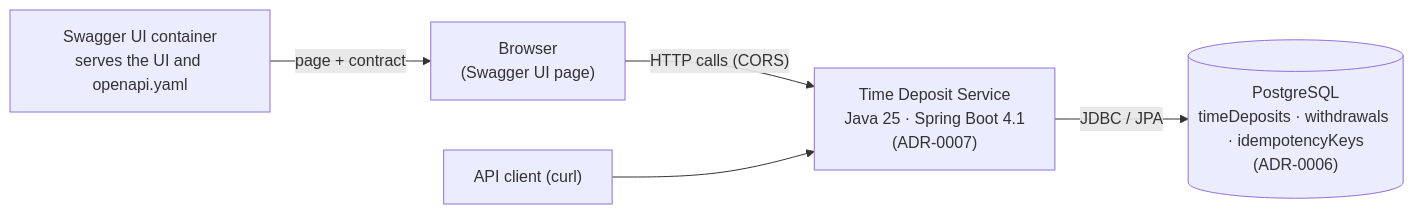
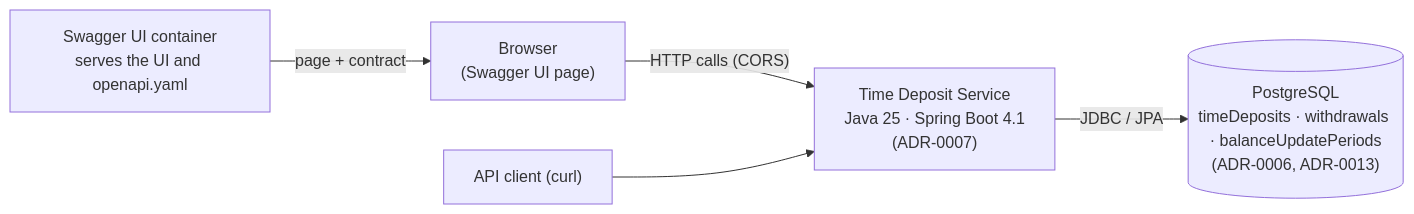
The second of 5 diagrams in docs/architecture/overview.md (bh3x/time-deposit-kata), drawn with Mermaid before and after one commit. The commit also changed other lines of this file and 1 other file, not shown here.

First line of the commit message:
docs: describe the monthly balance update

````diff
--- a/docs/architecture/overview.md
+++ b/docs/architecture/overview.md
@@ -16,7 +16,7 @@
 ```mermaid
 flowchart LR
   ui["Swagger UI container<br/>serves the UI and openapi.yaml"] -- "page + contract" --> browser["Browser<br/>(Swagger UI page)"]
   browser -- "HTTP calls (CORS)" --> app
   client["API client (curl)"] --> app
-  app["Time Deposit Service<br/>Java 25 · Spring Boot 4.1<br/>(ADR-0007)"] -- "JDBC / JPA" --> db[("PostgreSQL<br/>timeDeposits · withdrawals · idempotencyKeys<br/>(ADR-0006)")]
+  app["Time Deposit Service<br/>Java 25 · Spring Boot 4.1<br/>(ADR-0007)"] -- "JDBC / JPA" --> db[("PostgreSQL<br/>timeDeposits · withdrawals · balanceUpdatePeriods<br/>(ADR-0006, ADR-0013)")]
 ```
````
